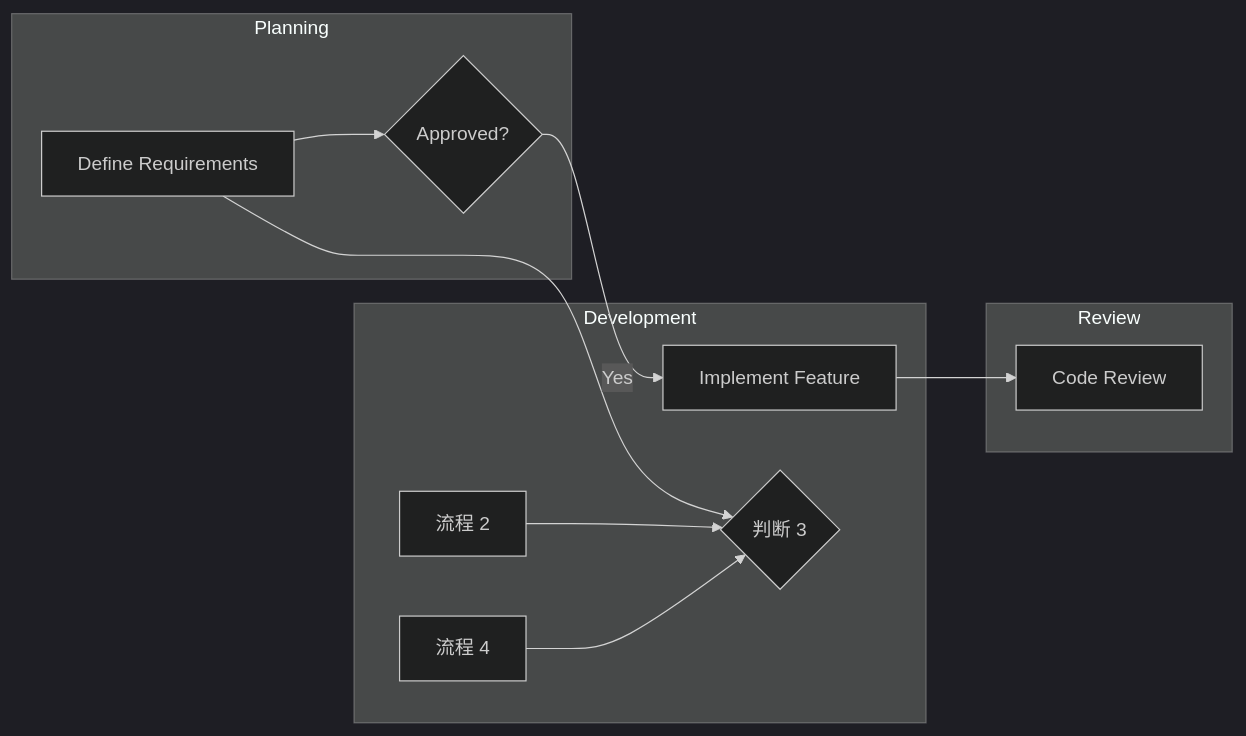
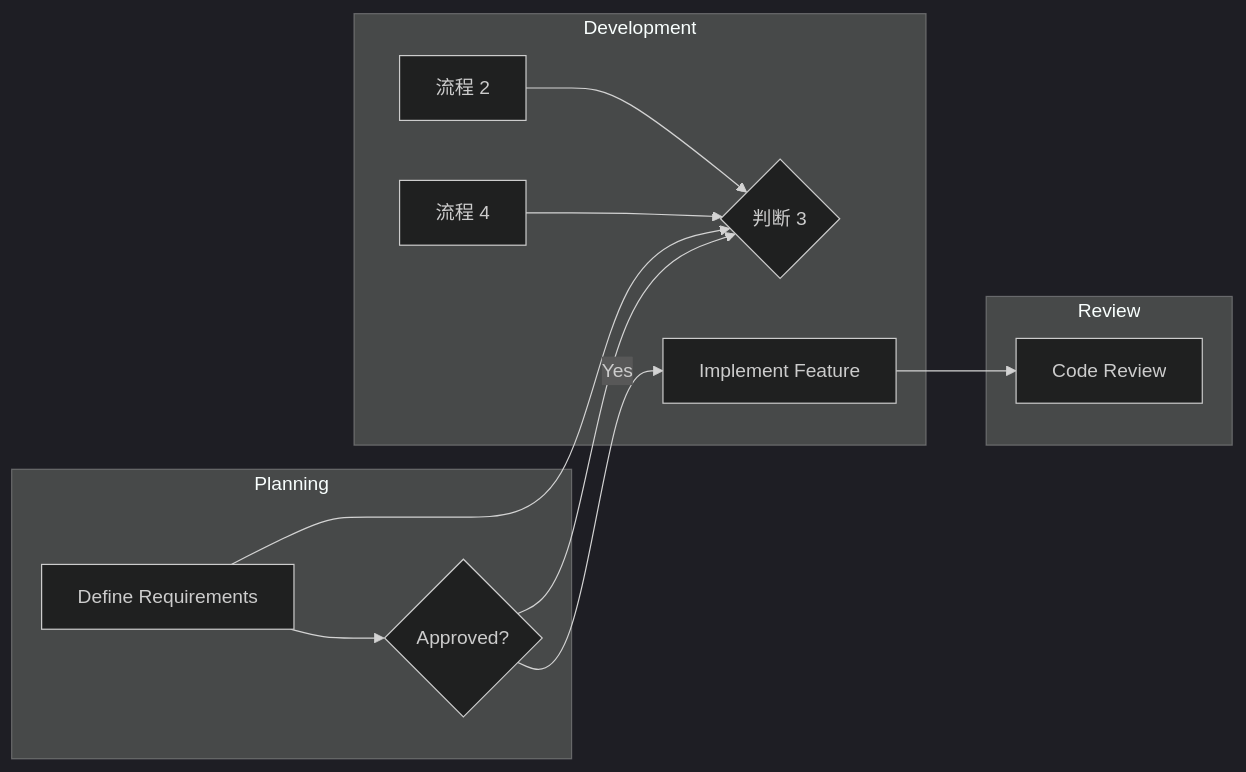
One commit to pingpm/mermaid_vault changed the diagram in mmd/1111_1d9d633a-5bbd-4d54-9737-00bfe004ea8d.mmd. Above: the diagram before and after it, drawn with Mermaid (dark theme). The commit also changed 2 other files, not shown here.

Commit message:
Sync Mermaid Studio data (12 diagrams)

```diff
--- a/mmd/1111_1d9d633a-5bbd-4d54-9737-00bfe004ea8d.mmd
+++ b/mmd/1111_1d9d633a-5bbd-4d54-9737-00bfe004ea8d.mmd
@@ -1,20 +1,21 @@
 graph LR
   subgraph lane_lane_1["Planning"]
     t_task_1["Define Requirements"]
     t_task_2{"Approved?"}
   end
   subgraph lane_lane_2["Development"]
     t_task_3["Implement Feature"]
     t_288b81bb_5983_4dd7_b060_7880e81beab4{"判断 3"}
     t_113a10d4_b994_4d3d_9dc2_eeb89ee88102["流程 2"]
     t_71f531c6_02f8_4593_b12f_12b9f43b6b6a["流程 4"]
   end
   subgraph lane_lane_3["Review"]
     t_task_4["Code Review"]
   end
   t_task_1 --> t_task_2
   t_task_2 -->|"Yes"| t_task_3
   t_task_3 --> t_task_4
   t_task_1 --> t_288b81bb_5983_4dd7_b060_7880e81beab4
   t_113a10d4_b994_4d3d_9dc2_eeb89ee88102 --> t_288b81bb_5983_4dd7_b060_7880e81beab4
   t_71f531c6_02f8_4593_b12f_12b9f43b6b6a --> t_288b81bb_5983_4dd7_b060_7880e81beab4
+  t_task_2 --> t_288b81bb_5983_4dd7_b060_7880e81beab4
```
